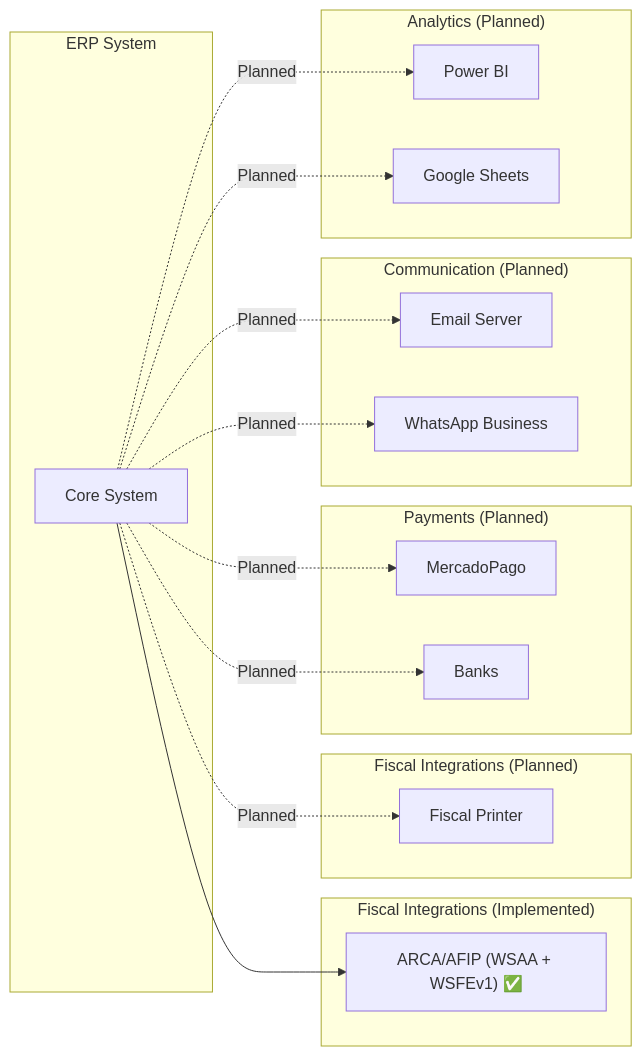
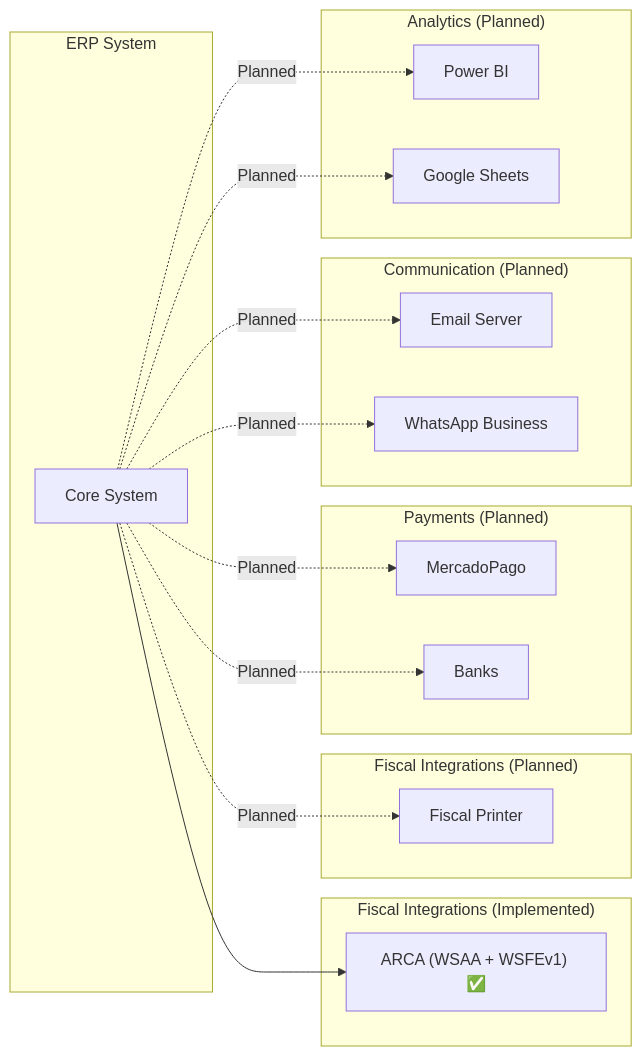
The eighth of 8 diagrams in Docs/Project Blueprint/High-Level Design (HLD).md (Bruno-Ghiberto/GraviTea), drawn with Mermaid before and after one commit. The commit also changed other lines of this file and 30 other files, not shown here.

````diff
--- a/Docs/Project Blueprint/High-Level Design (HLD).md
+++ b/Docs/Project Blueprint/High-Level Design (HLD).md
@@ -414,38 +414,38 @@
 ```mermaid
 graph LR
     subgraph "ERP System"
         ERP[Core System]
     end
 
     subgraph "Fiscal Integrations (Implemented)"
-        ARCA["ARCA/AFIP (WSAA + WSFEv1) ✅"]
+        ARCA["ARCA (WSAA + WSFEv1) ✅"]
     end
 
     subgraph "Fiscal Integrations (Planned)"
         PRINTER[Fiscal Printer]
     end
 
     subgraph "Payments (Planned)"
         MP[MercadoPago]
         BANK[Banks]
     end
 
     subgraph "Communication (Planned)"
         EMAIL[Email Server]
         WA[WhatsApp Business]
     end
 
     subgraph "Analytics (Planned)"
         BI[Power BI]
         SHEETS[Google Sheets]
     end
 
     ERP --> ARCA
     ERP -.->|Planned| PRINTER
     ERP -.->|Planned| MP
     ERP -.->|Planned| BANK
     ERP -.->|Planned| EMAIL
     ERP -.->|Planned| WA
     ERP -.->|Planned| BI
     ERP -.->|Planned| SHEETS
 ```
````
